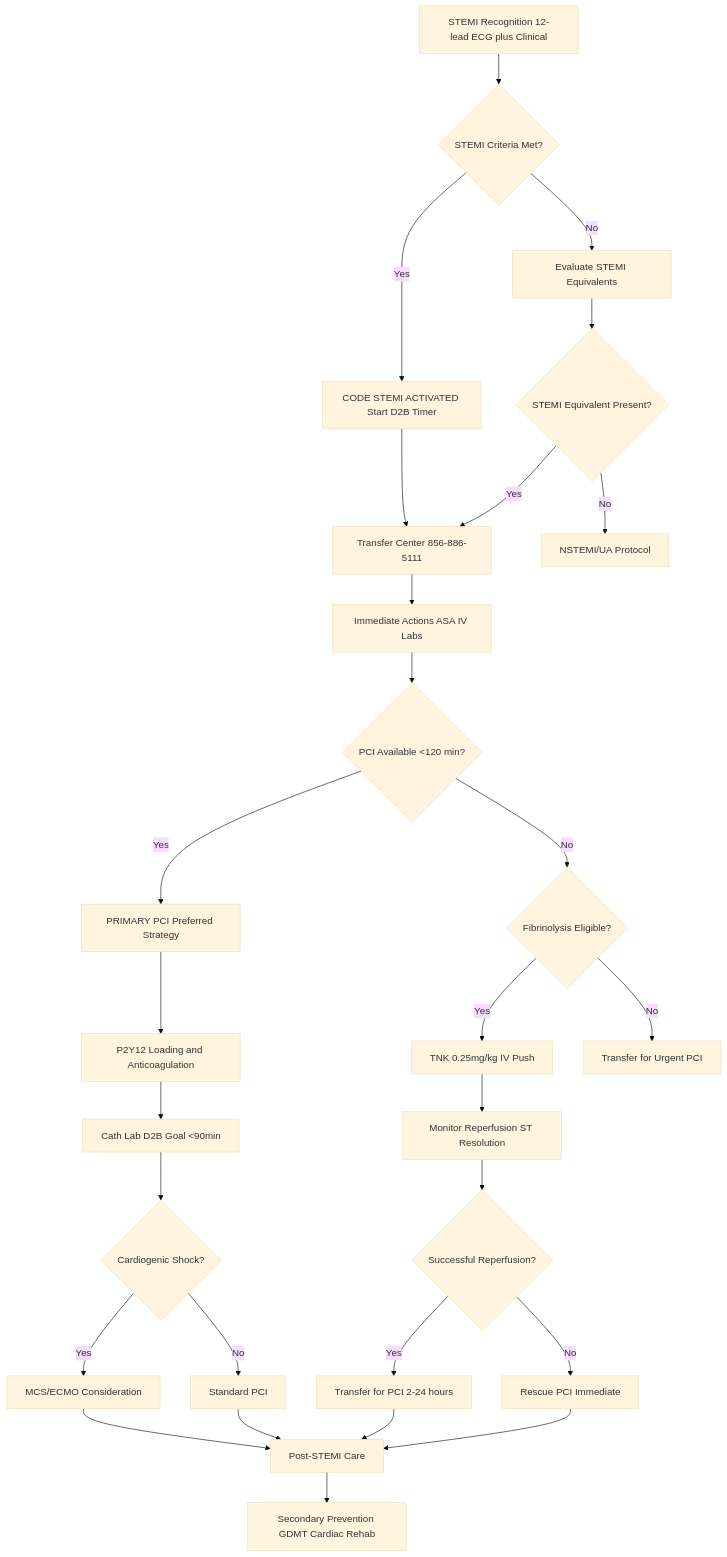
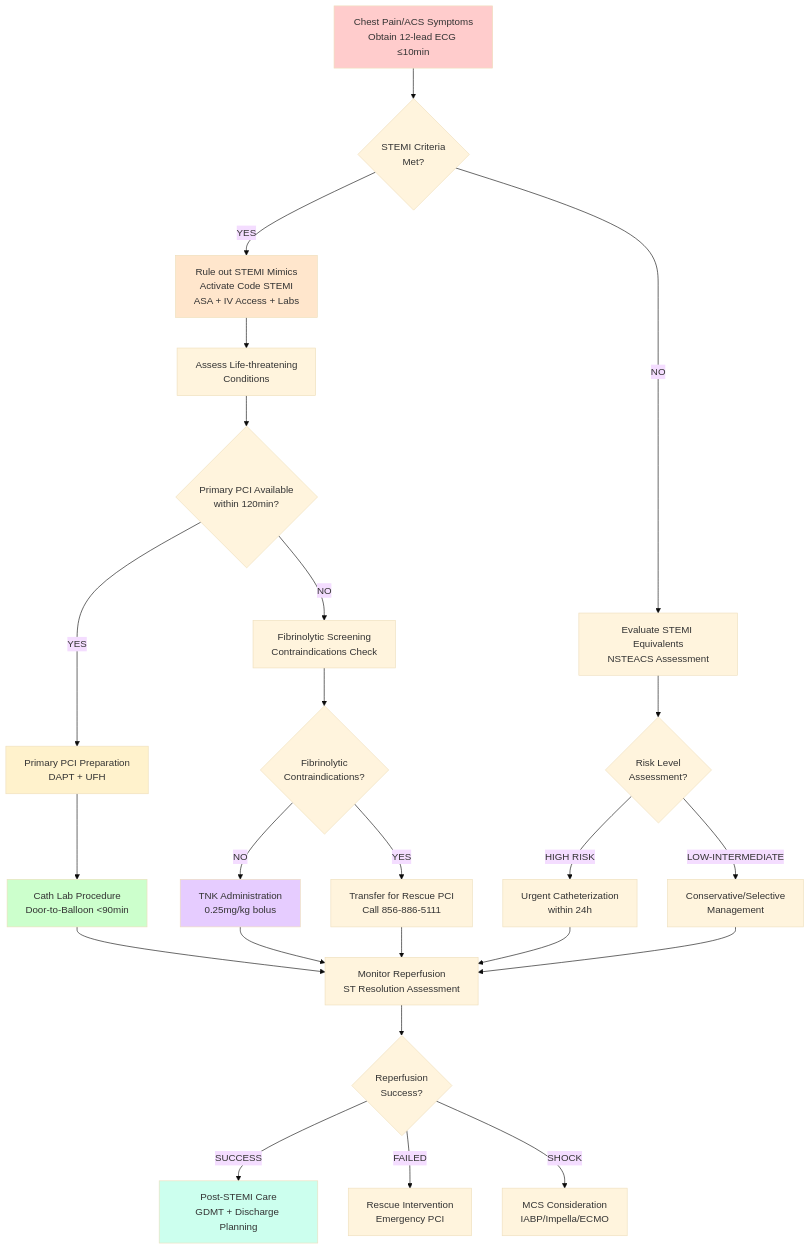
The diagram in Assets/RapidResponseCentralDocumentationVault/Protocols/Emergencies/Code STEMI.md (bhavenmurji/RapidResponseCentral), drawn with Mermaid (base theme) before and after one commit. The commit also changed other lines of this file and 6438 other files, not shown here.

````diff
--- a/Assets/RapidResponseCentralDocumentationVault/Protocols/Emergencies/Code STEMI.md
+++ b/Assets/RapidResponseCentralDocumentationVault/Protocols/Emergencies/Code STEMI.md
@@ -107,55 +12,43 @@
-```mermaid
+~~~mermaid
 graph TD
-    A[STEMI Recognition 12-lead ECG plus Clinical]
-    B{STEMI Criteria Met?}
-    C[CODE STEMI ACTIVATED Start D2B Timer]
-    D[Evaluate STEMI Equivalents]
-    E[Transfer Center 856-886-5111]
-    F{STEMI Equivalent Present?}
-    G[NSTEMI/UA Protocol]
-    H[Immediate Actions ASA IV Labs]
-    I{PCI Available <120 min?}
-    J[PRIMARY PCI Preferred Strategy]
-    K{Fibrinolysis Eligible?}
-    L[P2Y12 Loading and Anticoagulation]
-    M[TNK 0.25mg/kg IV Push]
-    N[Transfer for Urgent PCI]
-    O[Cath Lab D2B Goal <90min]
-    P[Monitor Reperfusion ST Resolution]
-    Q{Cardiogenic Shock?}
-    R{Successful Reperfusion?}
-    S[MCS/ECMO Consideration]
-    T[Standard PCI]
-    U[Transfer for PCI 2-24 hours]
-    V[Rescue PCI Immediate]
-    W[Post-STEMI Care]
-    X[Secondary Prevention GDMT Cardiac Rehab]
-
-    A --> B
-    B -- Yes --> C
-    B -- No --> D
-    C --> E
-    D --> F
-    F -- Yes --> E
-    F -- No --> G
-    E --> H
-    H --> I
-    I -- Yes --> J
-    I -- No --> K
-    J --> L
-    K -- Yes --> M
-    K -- No --> N
-    L --> O
-    M --> P
-    O --> Q
-    P --> R
-    Q -- Yes --> S
-    Q -- No --> T
-    R -- Yes --> U
-    R -- No --> V
-    S --> W
-    T --> W
-    U --> W
-    V --> W
-    W --> X
-```
+    A["Chest Pain/ACS Symptoms<br/>Obtain 12-lead ECG ≤10min"] --> B{"STEMI Criteria<br/>Met?"}
+    
+    B -->|YES| C["Rule out STEMI Mimics<br/>Activate Code STEMI<br/>ASA + IV Access + Labs"]
+    B -->|NO| D["Evaluate STEMI Equivalents<br/>NSTEACS Assessment"]
+    
+    C --> E["Assess Life-threatening<br/>Conditions"]
+    D --> F{"Risk Level<br/>Assessment?"}
+    
+    E --> G{"Primary PCI Available<br/>within 120min?"}
+    
+    F -->|HIGH RISK| H["Urgent Catheterization<br/>within 24h"]
+    F -->|LOW-INTERMEDIATE| I["Conservative/Selective<br/>Management"]
+    
+    G -->|YES| J["Primary PCI Preparation<br/>DAPT + UFH"]
+    G -->|NO| K["Fibrinolytic Screening<br/>Contraindications Check"]
+    
+    J --> L["Cath Lab Procedure<br/>Door-to-Balloon <90min"]
+    
+    K --> M{"Fibrinolytic<br/>Contraindications?"}
+    M -->|NO| N["TNK Administration<br/>0.25mg/kg bolus"]
+    M -->|YES| O["Transfer for Rescue PCI<br/>Call 856-886-5111"]
+    
+    L --> P["Monitor Reperfusion<br/>ST Resolution Assessment"]
+    N --> P
+    O --> P
+    H --> P
+    I --> P
+    
+    P --> Q{"Reperfusion<br/>Success?"}
+    
+    Q -->|SUCCESS| R["Post-STEMI Care<br/>GDMT + Discharge Planning"]
+    Q -->|FAILED| S["Rescue Intervention<br/>Emergency PCI"]
+    Q -->|SHOCK| T["MCS Consideration<br/>IABP/Impella/ECMO"]
+    
+    style A fill:#ffcccc
+    style C fill:#ffe6cc
+    style J fill:#fff2cc
+    style L fill:#ccffcc
+    style N fill:#e6ccff
+    style R fill:#ccffee
+~~~
````
